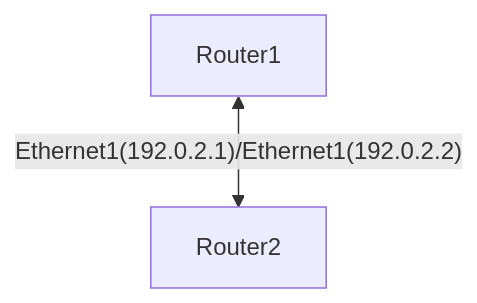
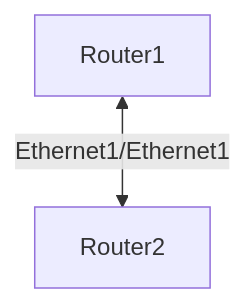
Before and after one commit to chadell/nornir-playground: the diagram in README.md, drawn with Mermaid.

````diff
--- a/README.md
+++ b/README.md
@@ -23,4 +23,4 @@
 ```mermaid
 graph TD;
-    Router1<--Ethernet1(192.0.2.1)/Ethernet1(192.0.2.2)-->Router2;
+    Router1<--Ethernet1/Ethernet1-->Router2;
 ```
````
